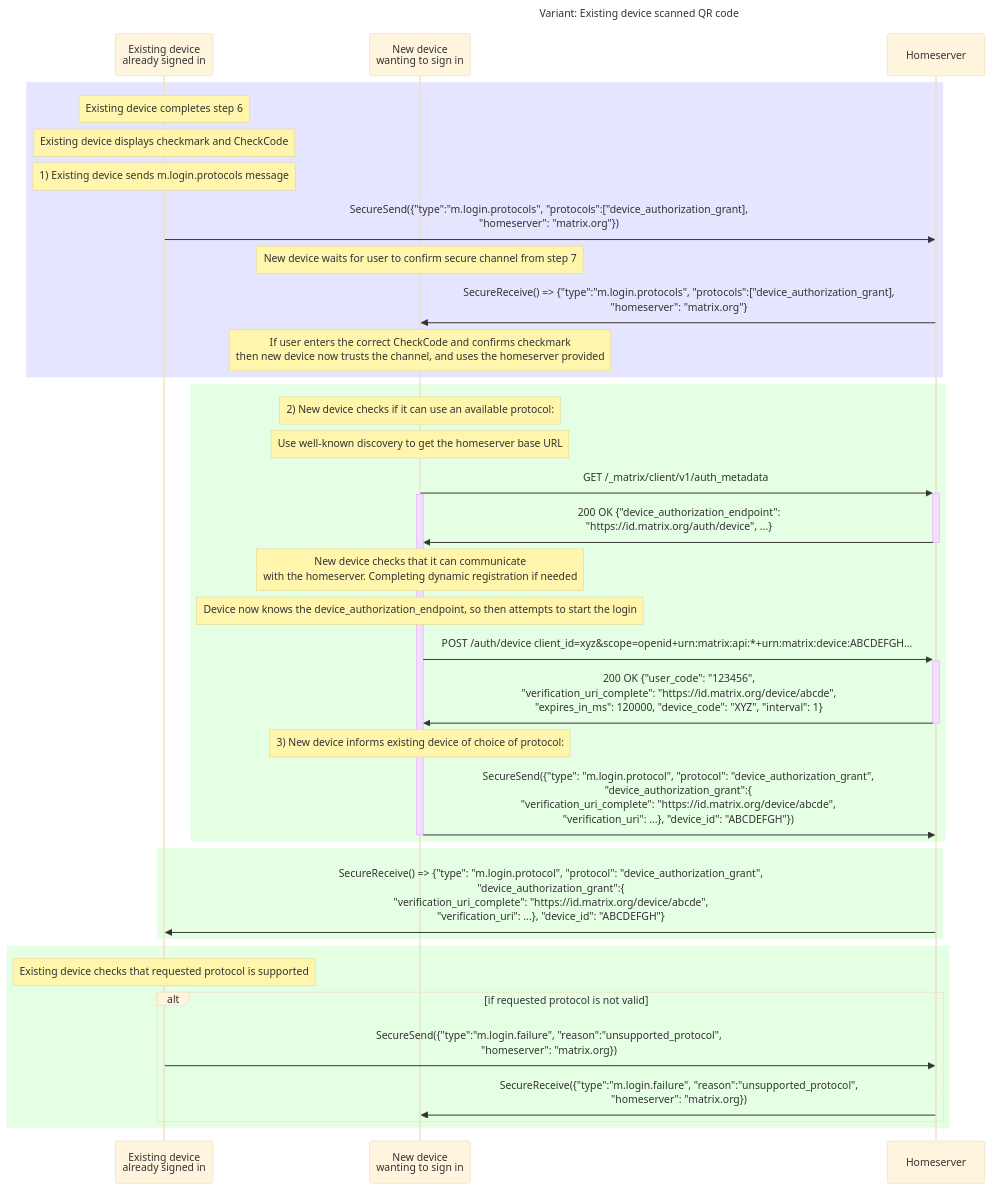
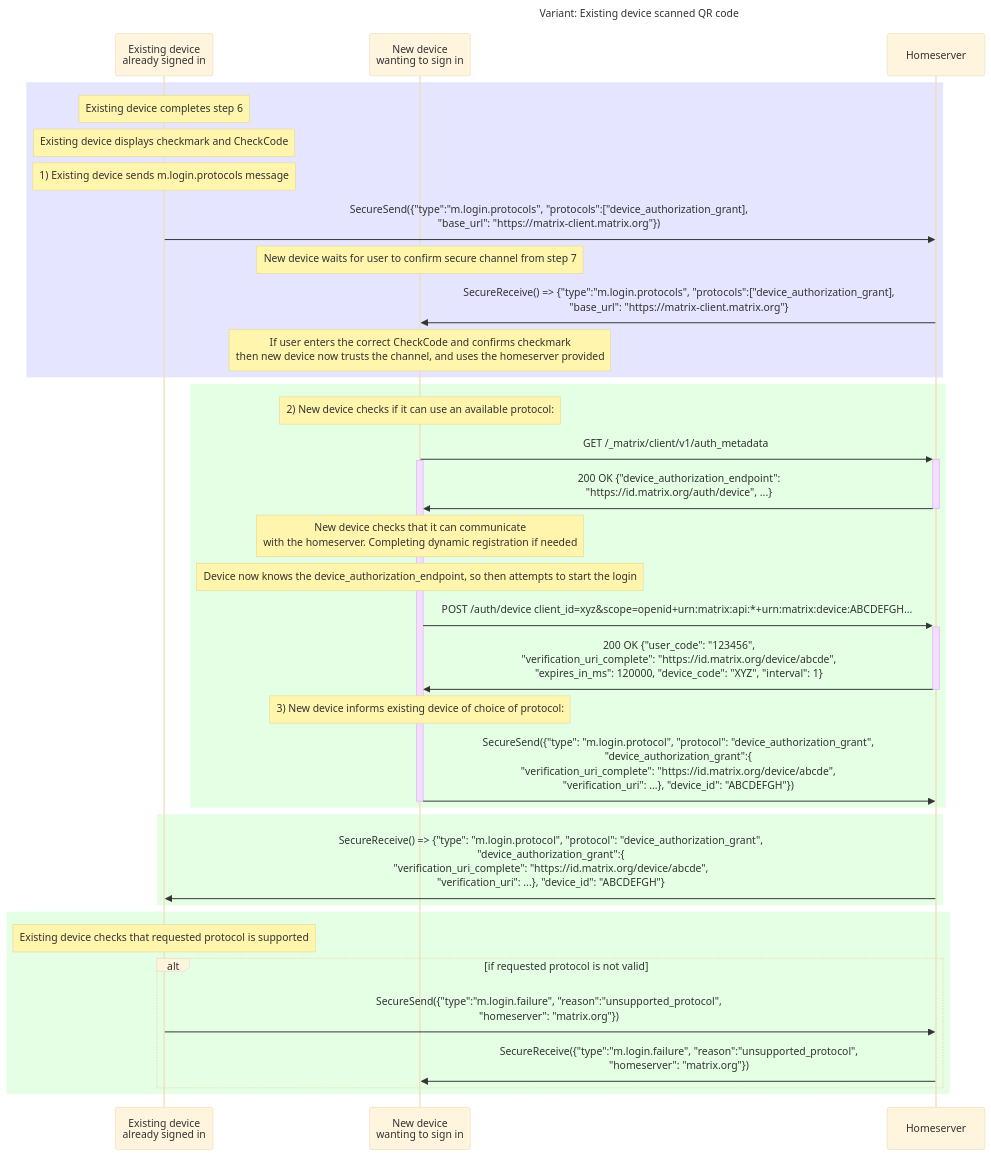
Before and after one commit to matrix-org/matrix-spec-proposals: the fourth of 6 diagrams in proposals/4108-oidc-qr-login.md, drawn with Mermaid (base theme). The commit also changed other lines of this file, not shown here.

Commit message:
Use base URL in QR code and m.login.protocols message

````diff
--- a/proposals/4108-oidc-qr-login.md
+++ b/proposals/4108-oidc-qr-login.md
@@ -1016,63 +1014,62 @@
 ```mermaid
 sequenceDiagram
     title: Variant: Existing device scanned QR code
     participant E as Existing device <br>already signed in
     participant N as New device <br>wanting to sign in
     participant HS as Homeserver
 
 
     #alt if New device scanned QR code
     #    note over N: New device completes checks from secure channel establishment step 6 - it now trusts the channel
-    #    note over N: 1) New device got server name from the QR code
+    #    note over N: 1) New device got server base URL from the QR code
 
     rect rgba(0,0,255, 0.1)
     #else if Existing device scanned QR code
         note over E: Existing device completes step 6
         note over E: Existing device displays checkmark and CheckCode
         note over E: 1) Existing device sends m.login.protocols message
-        E->>HS: SecureSend({"type":"m.login.protocols", "protocols":["device_authorization_grant],<br> "homeserver": "matrix.org"})
+        E->>HS: SecureSend({"type":"m.login.protocols", "protocols":["device_authorization_grant],<br> "base_url": "https://matrix-client.matrix.org"})
         note over N: New device waits for user to confirm secure channel from step 7
-        HS->>N: SecureReceive() => {"type":"m.login.protocols", "protocols":["device_authorization_grant],<br> "homeserver": "matrix.org"}
+        HS->>N: SecureReceive() => {"type":"m.login.protocols", "protocols":["device_authorization_grant],<br> "base_url": "https://matrix-client.matrix.org"}
         note over N: If user enters the correct CheckCode and confirms checkmark<br>then new device now trusts the channel, and uses the homeserver provided
     end
 
 
     rect rgba(0,255,0, 0.1)
     note over N: 2) New device checks if it can use an available protocol:
-    note over N: Use well-known discovery to get the homeserver base URL
         N->>+HS: GET /_matrix/client/v1/auth_metadata
     activate N
         HS->>-N: 200 OK {"device_authorization_endpoint":<br> "https://id.matrix.org/auth/device", ...}
         Note over N: New device checks that it can communicate<br> with the homeserver. Completing dynamic registration if needed
         Note over N: Device now knows the device_authorization_endpoint, so then attempts to start the login
         N->>+HS: POST /auth/device client_id=xyz&scope=openid+urn:matrix:api:*+urn:matrix:device:ABCDEFGH...
         HS->>-N: 200 OK {"user_code": "123456",<br>"verification_uri_complete": "https://id.matrix.org/device/abcde",<br>"expires_in_ms": 120000, "device_code": "XYZ", "interval": 1}
         note over N: 3) New device informs existing device of choice of protocol:
         N->>HS: SecureSend({"type": "m.login.protocol", "protocol": "device_authorization_grant",<br> "device_authorization_grant":{<br>"verification_uri_complete": "https://id.matrix.org/device/abcde",<br>"verification_uri": ...}, "device_id": "ABCDEFGH"})
 
     deactivate N
     end
 
     # alt if New device scanned QR code
     #    note over N: New device displays checkmark and CheckCode
     #    note over E: Existing device waits for user to enter CheckCode<br>and confirm secure channel from step 7
     #end
 
     rect rgba(0,255,0, 0.1)
         HS->>E: SecureReceive() => {"type": "m.login.protocol", "protocol": "device_authorization_grant",<br> "device_authorization_grant":{<br>"verification_uri_complete": "https://id.matrix.org/device/abcde",<br>"verification_uri": ...}, "device_id": "ABCDEFGH"}
     end
 
     # alt if New device scanned QR code
     #    note over E: If user entered correct CheckCode<br>and confirms checkmark then existing device now trusts the channel
     #end
 
 
     rect rgba(0,255,0, 0.1)
     note over E: Existing device checks that requested protocol is supported
 
     alt if requested protocol is not valid
-        E->>HS: SecureSend({"type":"m.login.failure", "reason":"unsupported_protocol",<br>"homeserver": "matrix.org})
-        HS->>N: SecureReceive({"type":"m.login.failure", "reason":"unsupported_protocol",<br>"homeserver": "matrix.org})
+        E->>HS: SecureSend({"type":"m.login.failure", "reason":"unsupported_protocol",<br>"homeserver": "matrix.org"})
+        HS->>N: SecureReceive({"type":"m.login.failure", "reason":"unsupported_protocol",<br>"homeserver": "matrix.org"})
     end
     end
 ```
````
